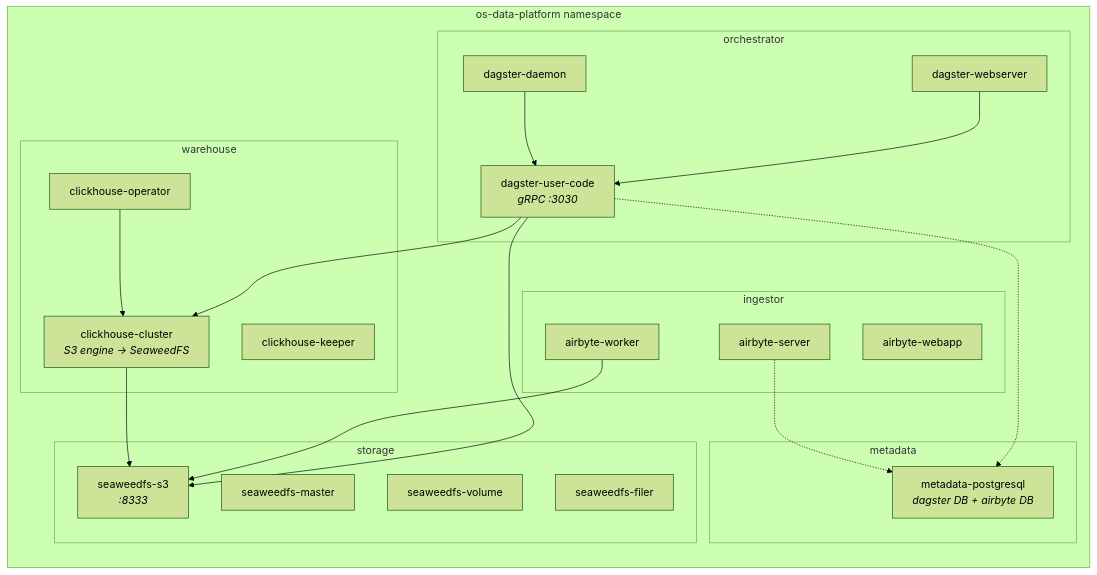
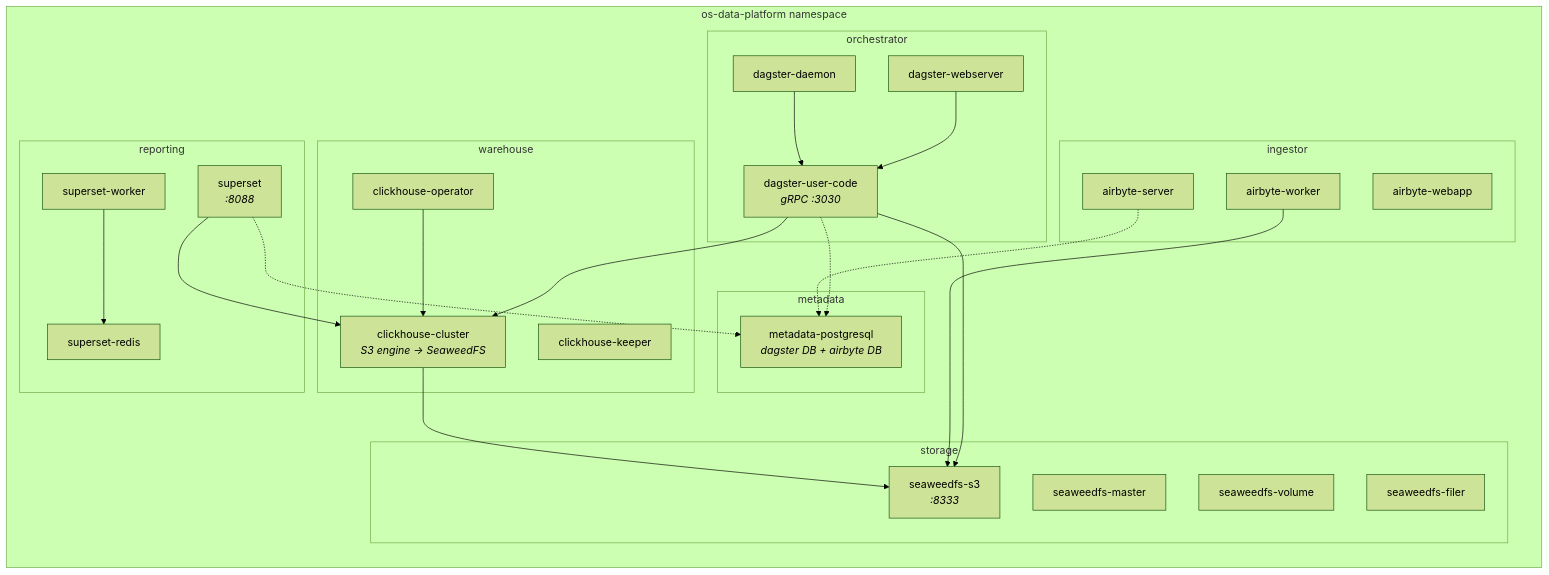
Before and after one commit to dfunto/os-data-platform: the diagram in helm/README.md, drawn with Mermaid (forest theme). The commit also changed other lines of this file and 1 other file, not shown here.

````diff
--- a/helm/README.md
+++ b/helm/README.md
@@ -18,44 +19,53 @@
 ```mermaid
 graph LR
     subgraph ns["os-data-platform namespace"]
         direction TB
         subgraph meta["metadata"]
             PG["metadata-postgresql<br/><i>dagster DB + airbyte DB</i>"]
         end
 
         subgraph stor["storage"]
             SW_master["seaweedfs-master"]
             SW_vol["seaweedfs-volume"]
             SW_filer["seaweedfs-filer"]
             SW_s3["seaweedfs-s3<br/><i>:8333</i>"]
         end
 
         subgraph orch["orchestrator"]
             D_web["dagster-webserver"]
             D_daemon["dagster-daemon"]
             D_code["dagster-user-code<br/><i>gRPC :3030</i>"]
         end
 
         subgraph ing["ingestor"]
             A_srv["airbyte-server"]
             A_wrk["airbyte-worker"]
             A_web["airbyte-webapp"]
         end
 
         subgraph wh["warehouse"]
             CH_op["clickhouse-operator"]
             CH["clickhouse-cluster<br/><i>S3 engine → SeaweedFS</i>"]
             CH_keep["clickhouse-keeper"]
         end
+
+        subgraph rpt["reporting"]
+            SS["superset<br/><i>:8088</i>"]
+            SS_redis["superset-redis"]
+            SS_worker["superset-worker"]
+        end
     end
 
     D_code --> SW_s3
     D_code --> CH
     A_wrk --> SW_s3
     D_web --> D_code
     D_daemon --> D_code
     D_code -.-> PG
     A_srv -.-> PG
     CH_op --> CH
     CH --> SW_s3
+    SS --> CH
+    SS -.-> PG
+    SS_worker --> SS_redis
 ```
````
